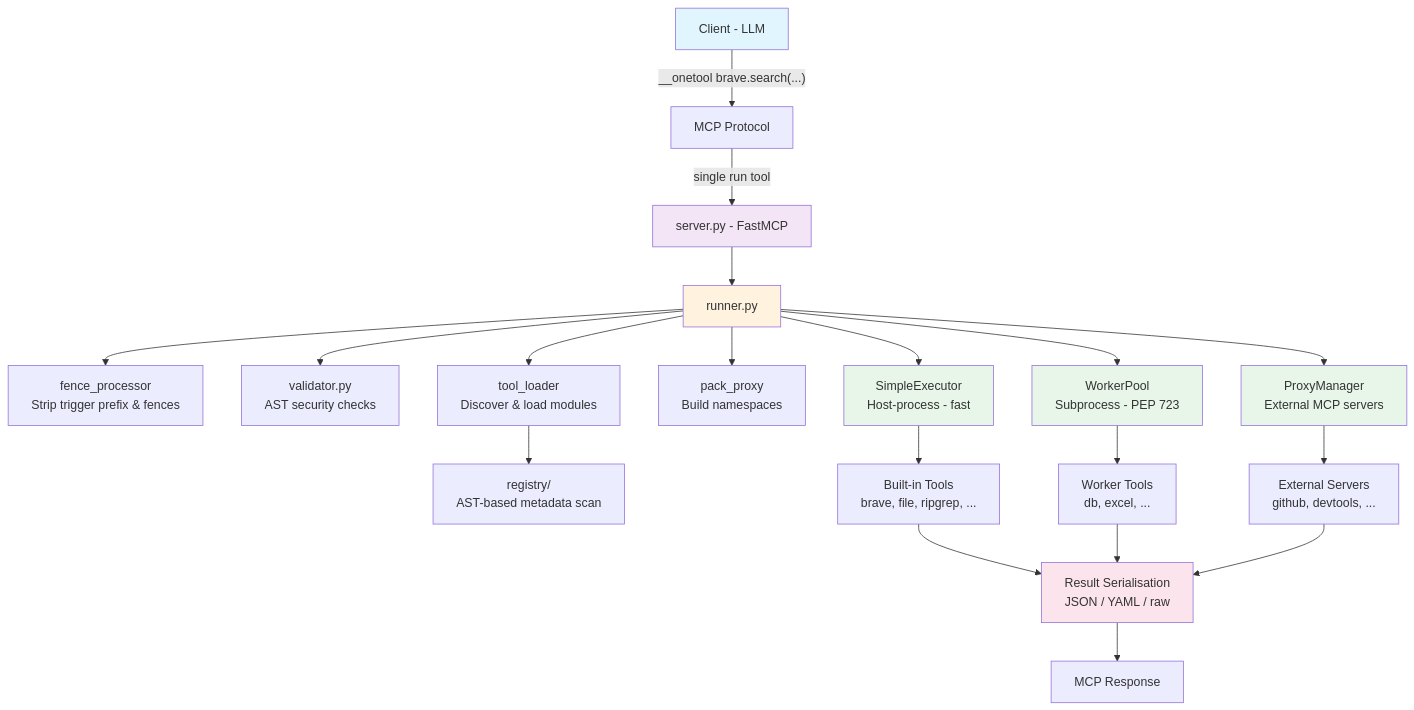
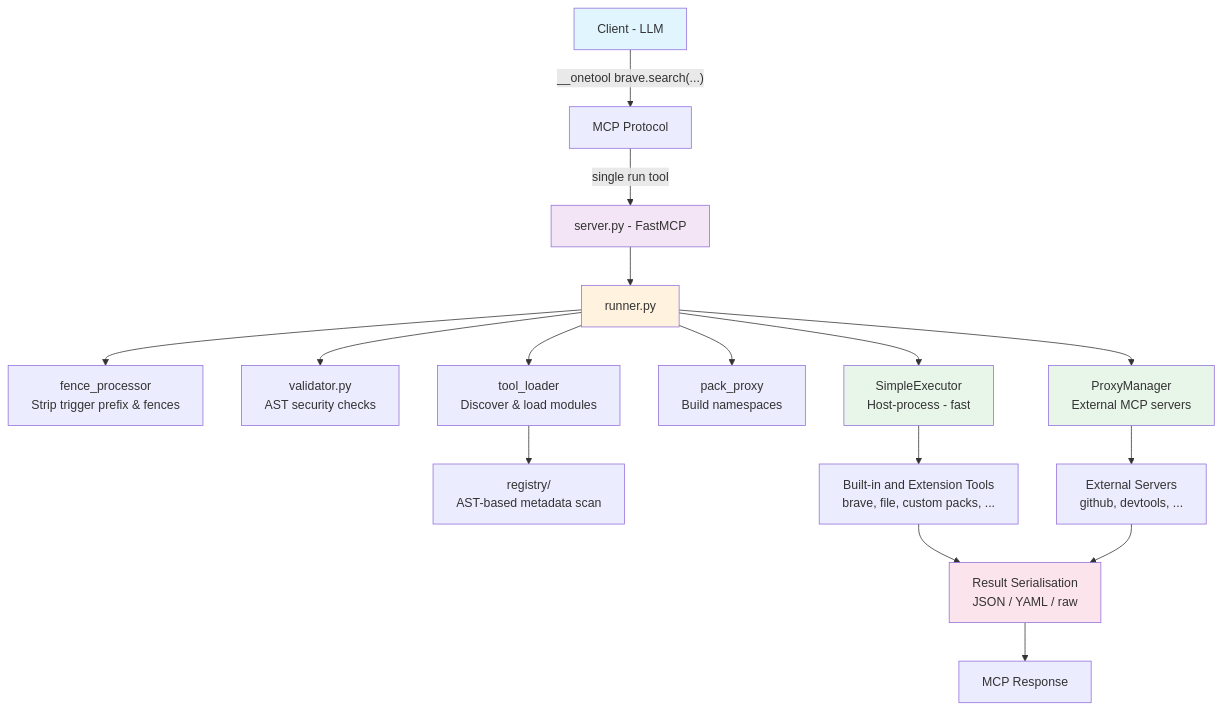
One commit to beycom/onetool-mcp changed the diagram in dev/project/arch/index.md. Above: the diagram before and after it, drawn with Mermaid. The commit also changed other lines of this file and 38 other files, not shown here.

````diff
--- a/dev/project/arch/index.md
+++ b/dev/project/arch/index.md
@@ -13,36 +13,32 @@
 ```mermaid
 graph TD
     C[Client - LLM] -->|"__onetool brave.search(...)"| M[MCP Protocol]
     M -->|"single run tool"| S[server.py - FastMCP]
 
     S --> R[runner.py]
 
     R --> FP[fence_processor<br/>Strip trigger prefix & fences]
     R --> VA[validator.py<br/>AST security checks]
     R --> TL[tool_loader<br/>Discover & load modules]
     R --> PP[pack_proxy<br/>Build namespaces]
 
     TL --> REG[registry/<br/>AST-based metadata scan]
 
     R --> SE[SimpleExecutor<br/>Host-process - fast]
-    R --> WP[WorkerPool<br/>Subprocess - PEP 723]
     R --> PM[ProxyManager<br/>External MCP servers]
 
-    SE --> BT[Built-in Tools<br/>brave, file, ripgrep, ...]
-    WP --> WT[Worker Tools<br/>db, excel, ...]
+    SE --> BT[Built-in and Extension Tools<br/>brave, file, custom packs, ...]
     PM --> ET[External Servers<br/>github, devtools, ...]
 
     BT --> SER[Result Serialisation<br/>JSON / YAML / raw]
-    WT --> SER
     ET --> SER
 
     SER --> RESP[MCP Response]
 
     style C fill:#e1f5fe
     style S fill:#f3e5f5
     style R fill:#fff3e0
     style SE fill:#e8f5e9
-    style WP fill:#e8f5e9
     style PM fill:#e8f5e9
     style SER fill:#fce4ec
 ```
````
